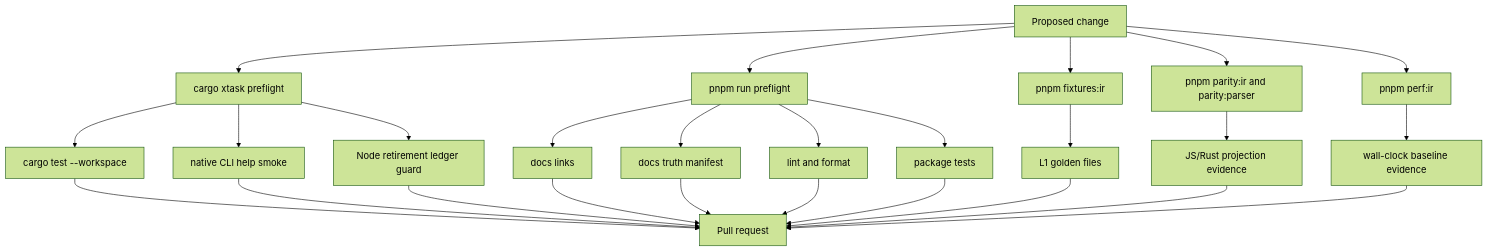
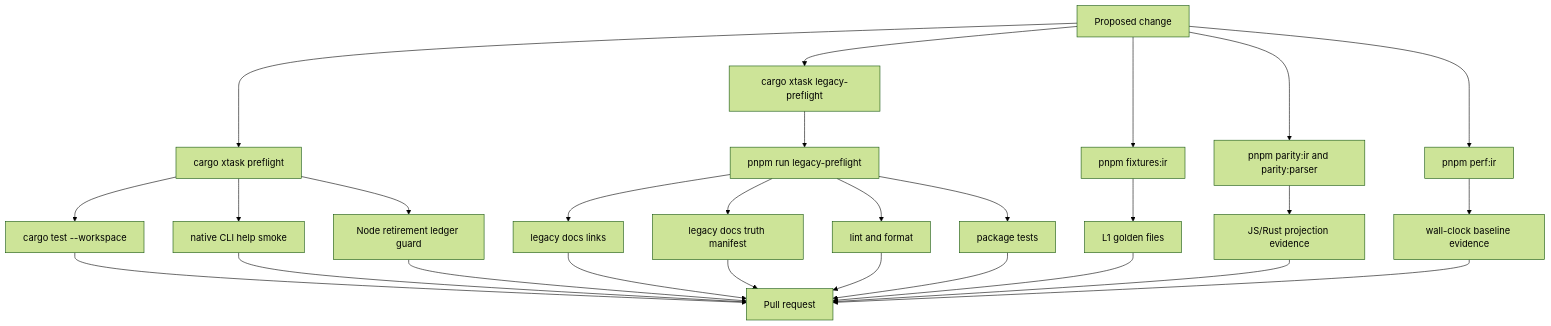
Before and after one commit to flyingrobots/wesley: diagram 21 of 24 in docs/END_TO_END.md, drawn with Mermaid (forest theme). The commit also changed other lines of this file and 54 other files, not shown here.

````diff
--- a/docs/END_TO_END.md
+++ b/docs/END_TO_END.md
@@ -930,31 +930,32 @@
 ```mermaid
 flowchart TD
     Change[Proposed change] --> RustPreflight[cargo xtask preflight]
-    Change --> LegacyPreflight[pnpm run preflight]
+    Change --> LegacyPreflight[cargo xtask legacy-preflight]
     Change --> Fixtures[pnpm fixtures:ir]
     Change --> Parity[pnpm parity:ir and parity:parser]
     Change --> Perf[pnpm perf:ir]
 
     RustPreflight --> RustTests[cargo test --workspace]
     RustPreflight --> NativeHelp[native CLI help smoke]
-    LegacyPreflight --> DocsLinks[docs links]
-    LegacyPreflight --> DocsTruth[docs truth manifest]
+    LegacyPreflight --> PnpmLegacy[pnpm run legacy-preflight]
+    PnpmLegacy --> DocsLinks[legacy docs links]
+    PnpmLegacy --> DocsTruth[legacy docs truth manifest]
     RustPreflight --> NodeRetirement[Node retirement ledger guard]
-    LegacyPreflight --> Lint[lint and format]
-    LegacyPreflight --> PackageTests[package tests]
+    PnpmLegacy --> Lint[lint and format]
+    PnpmLegacy --> PackageTests[package tests]
 
     Fixtures --> Golden[L1 golden files]
     Parity --> Comparator[JS/Rust projection evidence]
     Perf --> Baseline[wall-clock baseline evidence]
 
     RustTests --> PR[Pull request]
     NativeHelp --> PR
     DocsLinks --> PR
     DocsTruth --> PR
     NodeRetirement --> PR
     Lint --> PR
     PackageTests --> PR
     Golden --> PR
     Comparator --> PR
     Baseline --> PR
 ```
````
